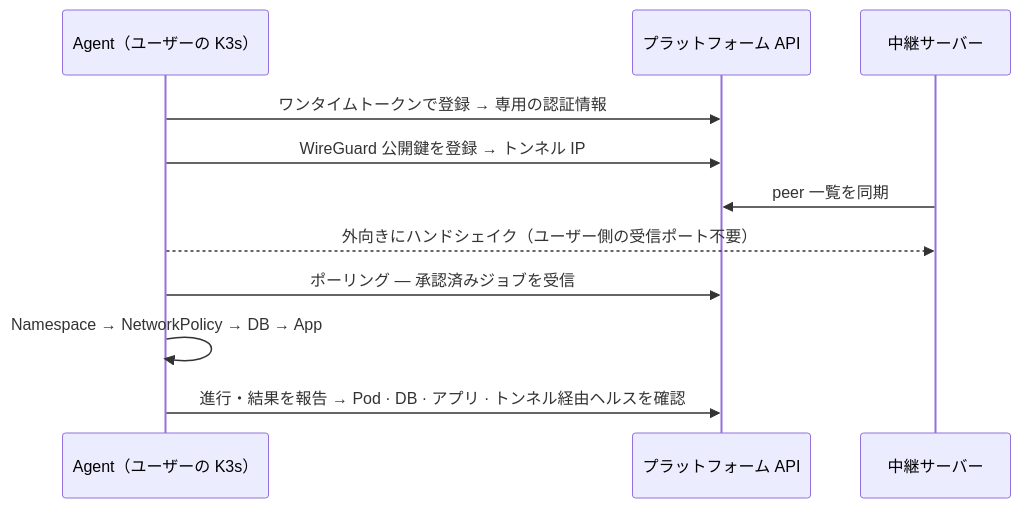
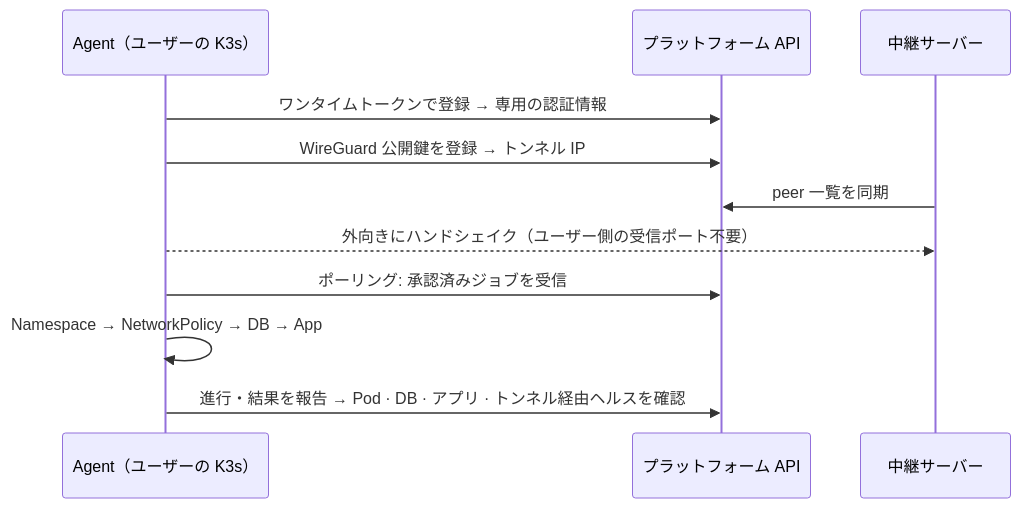
The fifth of 8 diagrams in README.ja.md (SoftBank-Hackathon-2026-Team-Jackal/cloud-migration-platform), drawn with Mermaid before and after one commit. The commit also changed other lines of this file and 2 other files, not shown here.

````diff
--- a/README.ja.md
+++ b/README.ja.md
@@ -144,13 +133,13 @@
 ```mermaid
 sequenceDiagram
   participant AG as Agent（ユーザーの K3s）
   participant API as プラットフォーム API
   participant RL as 中継サーバー
   AG->>API: ワンタイムトークンで登録 → 専用の認証情報
   AG->>API: WireGuard 公開鍵を登録 → トンネル IP
   RL->>API: peer 一覧を同期
   AG-->>RL: 外向きにハンドシェイク（ユーザー側の受信ポート不要）
-  AG->>API: ポーリング — 承認済みジョブを受信
+  AG->>API: ポーリング: 承認済みジョブを受信
   AG->>AG: Namespace → NetworkPolicy → DB → App
   AG->>API: 進行・結果を報告 → Pod · DB · アプリ · トンネル経由ヘルスを確認
 ```
````
